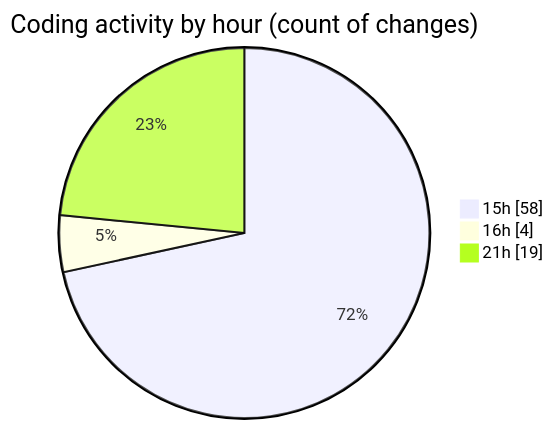
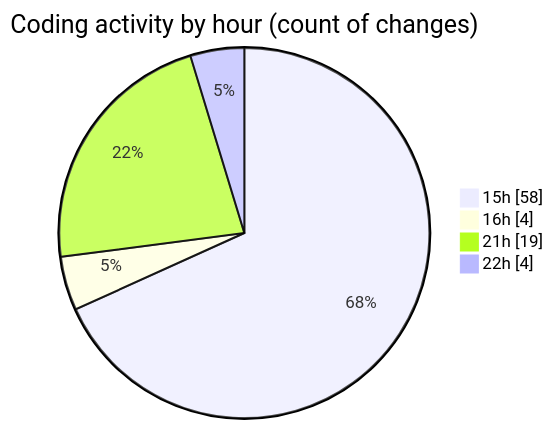
The second of 2 diagrams in 2026-01-22/cda-web-components/README.md (momahboobian/code-tracking), drawn with Mermaid before and after one commit. The commit also changed other lines of this file and 1 other file, not shown here.

````diff
--- a/2026-01-22/cda-web-components/README.md
+++ b/2026-01-22/cda-web-components/README.md
@@ -70,7 +71,8 @@
 ```mermaid
 pie showData
 title Coding activity by hour (count of changes)
 "15h" : 58
 "16h" : 4
 "21h" : 19
+"22h" : 4
 ```
````
